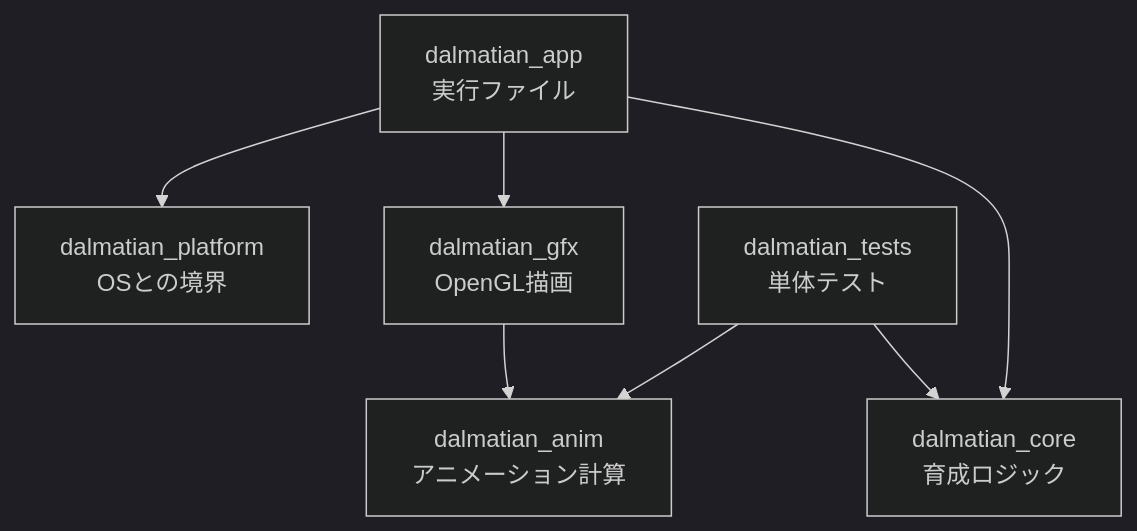
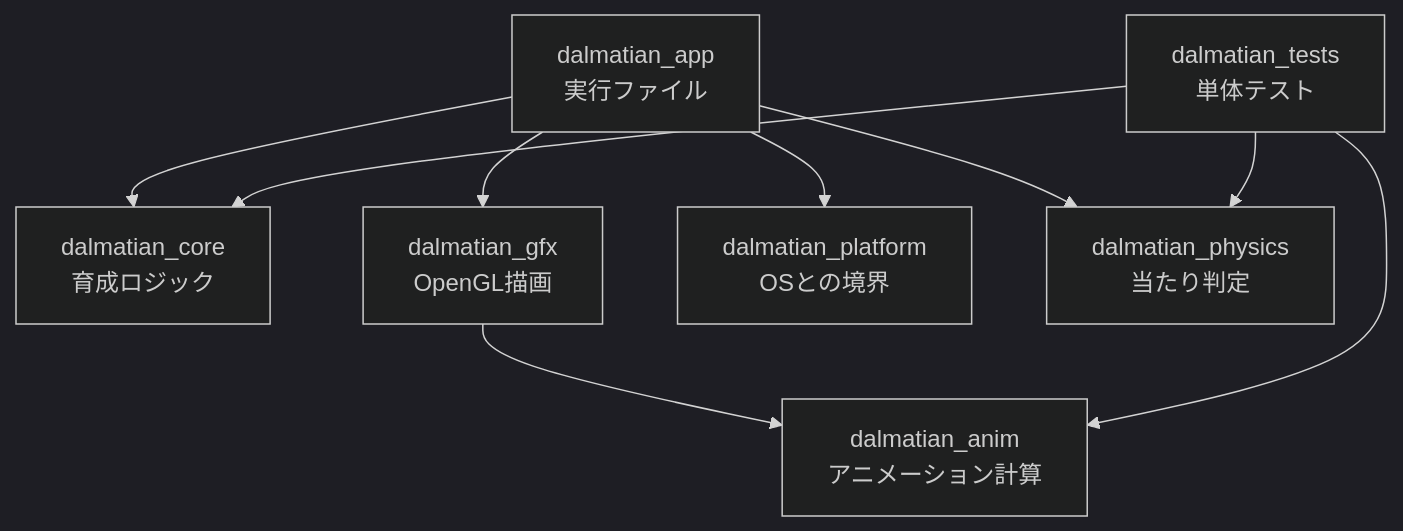
The diagram in README.md (Yokochi513/Dalmatian-nurture), drawn with Mermaid (dark theme) before and after one commit. The commit also changed other lines of this file and 12 other files, not shown here.

````diff
--- a/README.md
+++ b/README.md
@@ -58,16 +60,19 @@
 ```mermaid
 graph TD
     app[dalmatian_app<br/>実行ファイル]
     core[dalmatian_core<br/>育成ロジック]
     gfx[dalmatian_gfx<br/>OpenGL描画]
     anim[dalmatian_anim<br/>アニメーション計算]
     platform[dalmatian_platform<br/>OSとの境界]
+    physics[dalmatian_physics<br/>当たり判定]
     tests[dalmatian_tests<br/>単体テスト]
 
     app --> core
     app --> gfx
     app --> platform
+    app --> physics
     gfx --> anim
     tests --> core
     tests --> anim
+    tests --> physics
 ```
````
